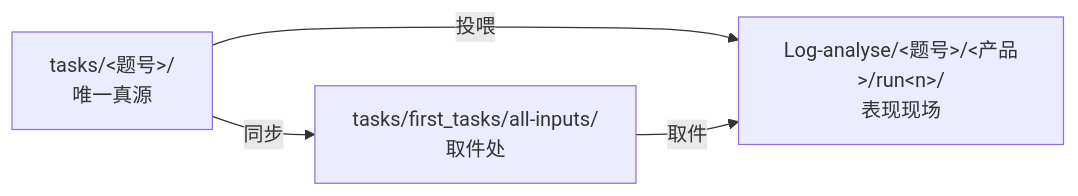
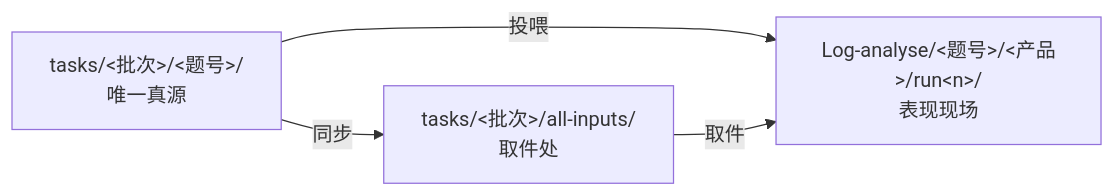
One commit to Cool-11/harness-competitor-eval changed the diagram in README.md. Above: the diagram before and after it, drawn with Mermaid. The commit also changed other lines of this file and 6 other files, not shown here.

````diff
--- a/README.md
+++ b/README.md
@@ -29,6 +29,6 @@
 ```mermaid
 flowchart LR
-  A["tasks/&lt;题号&gt;/<br/>唯一真源"] -->|同步| B["tasks/first_tasks/all-inputs/<br/>取件处"]
+  A["tasks/&lt;批次&gt;/&lt;题号&gt;/<br/>唯一真源"] -->|同步| B["tasks/&lt;批次&gt;/all-inputs/<br/>取件处"]
   A -->|投喂| C["Log-analyse/&lt;题号&gt;/&lt;产品&gt;/run&lt;n&gt;/<br/>表现现场"]
   B -->|取件| C
 ```
````
